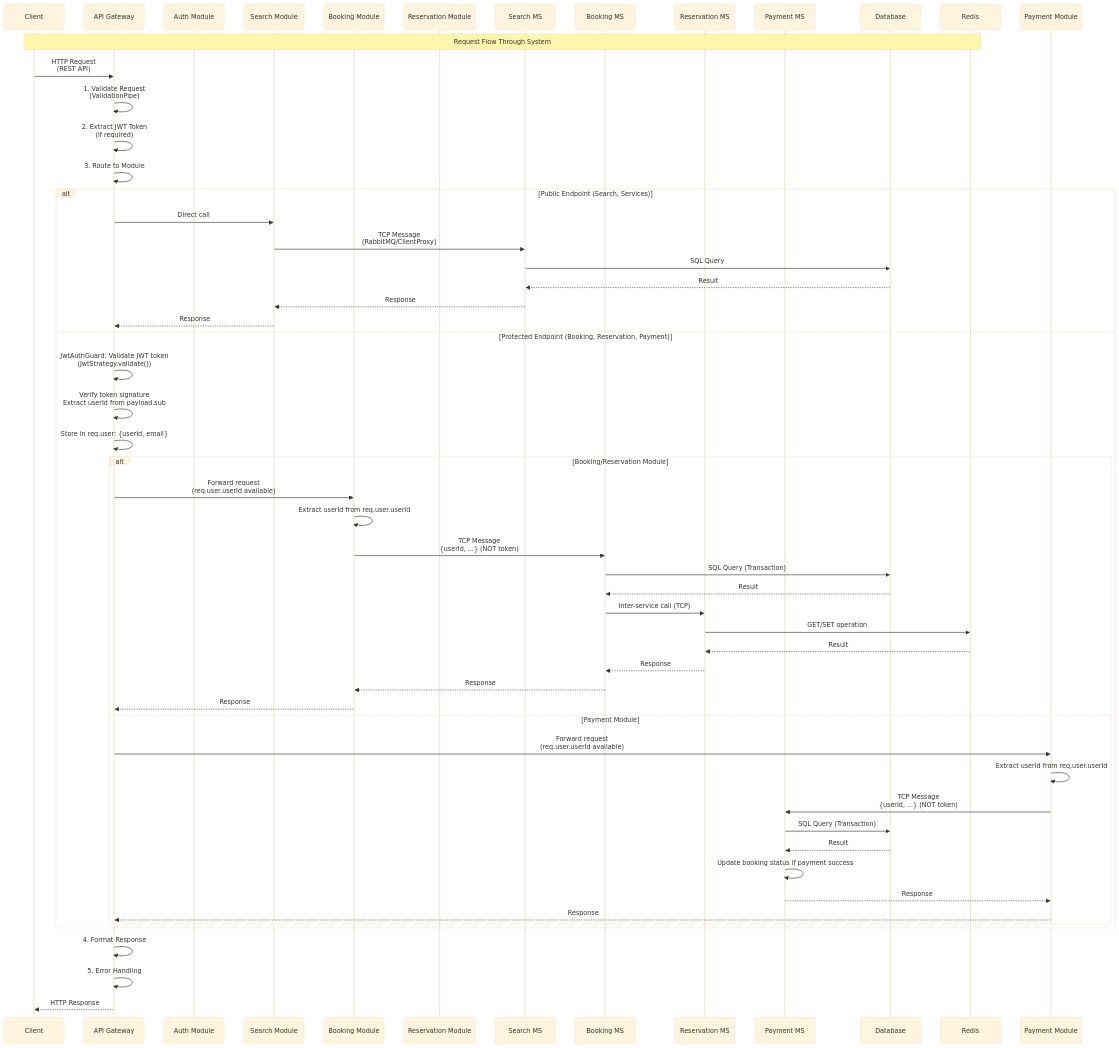
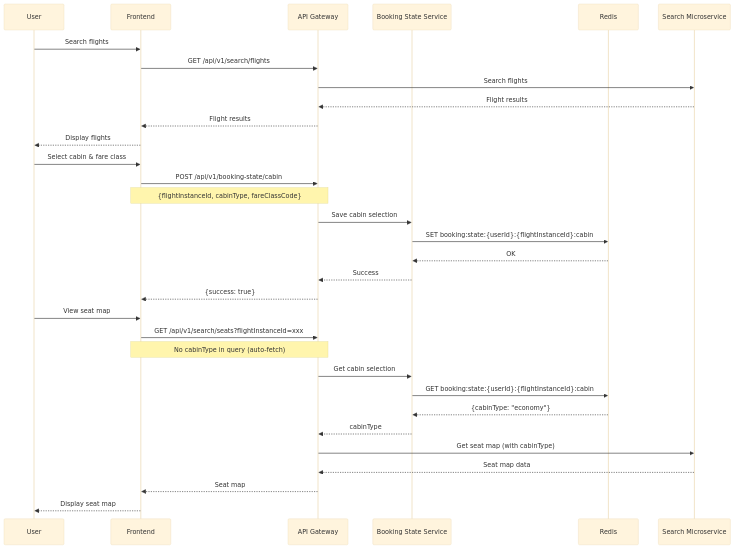
Before and after one commit to Wanderlust-Air-Travel/be-flight-booking: the first of 4 diagrams in docs/api/API_SEQUENCE_DIAGRAMS.md, drawn with Mermaid (base theme). The commit also changed other lines of this file and 7 other files, not shown here.

Commit message:
feat: enhance booking state management with new cabin selection API, implement auto-fetch cabin type from booking state for seat map retrieval, and improve deals images download script with auto-cleanup and error handling

````diff
--- a/docs/api/API_SEQUENCE_DIAGRAMS.md
+++ b/docs/api/API_SEQUENCE_DIAGRAMS.md
@@ -323,61 +7,37 @@
 ```mermaid
 sequenceDiagram
-    participant Client
+    participant User
+    participant Frontend
     participant API Gateway
-    participant Auth Module
-    participant Search Module
-    participant Booking Module
-    participant Reservation Module
-    participant Search MS
-    participant Booking MS
-    participant Reservation MS
-    participant Payment MS
-    participant Database
+    participant Booking State Service
     participant Redis
+    participant Search Microservice
 
-    Note over Client,Redis: Request Flow Through System
+    User->>Frontend: Search flights
+    Frontend->>API Gateway: GET /api/v1/search/flights
+    API Gateway->>Search Microservice: Search flights
+    Search Microservice-->>API Gateway: Flight results
+    API Gateway-->>Frontend: Flight results
+    Frontend-->>User: Display flights
 
-    Client->>API Gateway: HTTP Request<br/>(REST API)
-    API Gateway->>API Gateway: 1. Validate Request<br/>(ValidationPipe)
-    API Gateway->>API Gateway: 2. Extract JWT Token<br/>(if required)
-    API Gateway->>API Gateway: 3. Route to Module
+    User->>Frontend: Select cabin & fare class
+    Frontend->>API Gateway: POST /api/v1/booking-state/cabin
+    Note over Frontend,API Gateway: {flightInstanceId, cabinType, fareClassCode}
+    API Gateway->>Booking State Service: Save cabin selection
+    Booking State Service->>Redis: SET booking:state:{userId}:{flightInstanceId}:cabin
+    Redis-->>Booking State Service: OK
+    Booking State Service-->>API Gateway: Success
+    API Gateway-->>Frontend: {success: true}
 
-    alt Public Endpoint (Search, Services)
-        API Gateway->>Search Module: Direct call
-        Search Module->>Search MS: TCP Message<br/>(RabbitMQ/ClientProxy)
-        Search MS->>Database: SQL Query
-        Database-->>Search MS: Result
-        Search MS-->>Search Module: Response
-        Search Module-->>API Gateway: Response
-    else Protected Endpoint (Booking, Reservation, Payment)
-        API Gateway->>API Gateway: JwtAuthGuard: Validate JWT token<br/>(JwtStrategy.validate())
-        API Gateway->>API Gateway: Verify token signature<br/>Extract userId from payload.sub
-        API Gateway->>API Gateway: Store in req.user: {userId, email}
-        alt Booking/Reservation Module
-            API Gateway->>Booking Module: Forward request<br/>(req.user.userId available)
-            Booking Module->>Booking Module: Extract userId from req.user.userId
-            Booking Module->>Booking MS: TCP Message<br/>{userId, ...} (NOT token)
-            Booking MS->>Database: SQL Query (Transaction)
-            Database-->>Booking MS: Result
-            Booking MS->>Reservation MS: Inter-service call (TCP)
-            Reservation MS->>Redis: GET/SET operation
-            Redis-->>Reservation MS: Result
-            Reservation MS-->>Booking MS: Response
-            Booking MS-->>Booking Module: Response
-            Booking Module-->>API Gateway: Response
-        else Payment Module
-            API Gateway->>Payment Module: Forward request<br/>(req.user.userId available)
-            Payment Module->>Payment Module: Extract userId from req.user.userId
-            Payment Module->>Payment MS: TCP Message<br/>{userId, ...} (NOT token)
-            Payment MS->>Database: SQL Query (Transaction)
-            Database-->>Payment MS: Result
-            Payment MS->>Payment MS: Update booking status if payment success
-            Payment MS-->>Payment Module: Response
-            Payment Module-->>API Gateway: Response
-        end
-    end
-
-    API Gateway->>API Gateway: 4. Format Response
-    API Gateway->>API Gateway: 5. Error Handling
-    API Gateway-->>Client: HTTP Response
+    User->>Frontend: View seat map
+    Frontend->>API Gateway: GET /api/v1/search/seats?flightInstanceId=xxx
+    Note over Frontend,API Gateway: No cabinType in query (auto-fetch)
+    API Gateway->>Booking State Service: Get cabin selection
+    Booking State Service->>Redis: GET booking:state:{userId}:{flightInstanceId}:cabin
+    Redis-->>Booking State Service: {cabinType: "economy"}
+    Booking State Service-->>API Gateway: cabinType
+    API Gateway->>Search Microservice: Get seat map (with cabinType)
+    Search Microservice-->>API Gateway: Seat map data
+    API Gateway-->>Frontend: Seat map
+    Frontend-->>User: Display seat map
 ```
````
